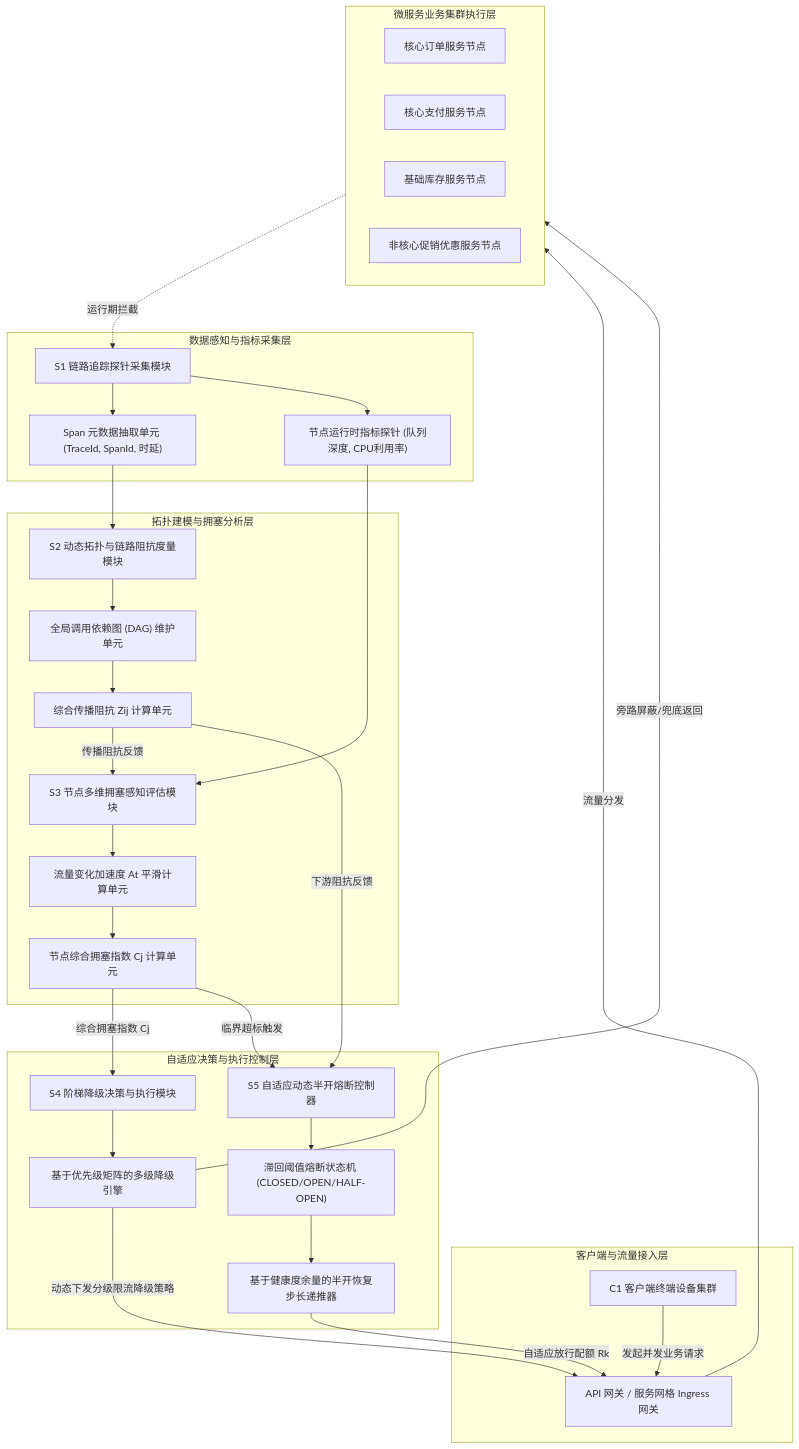
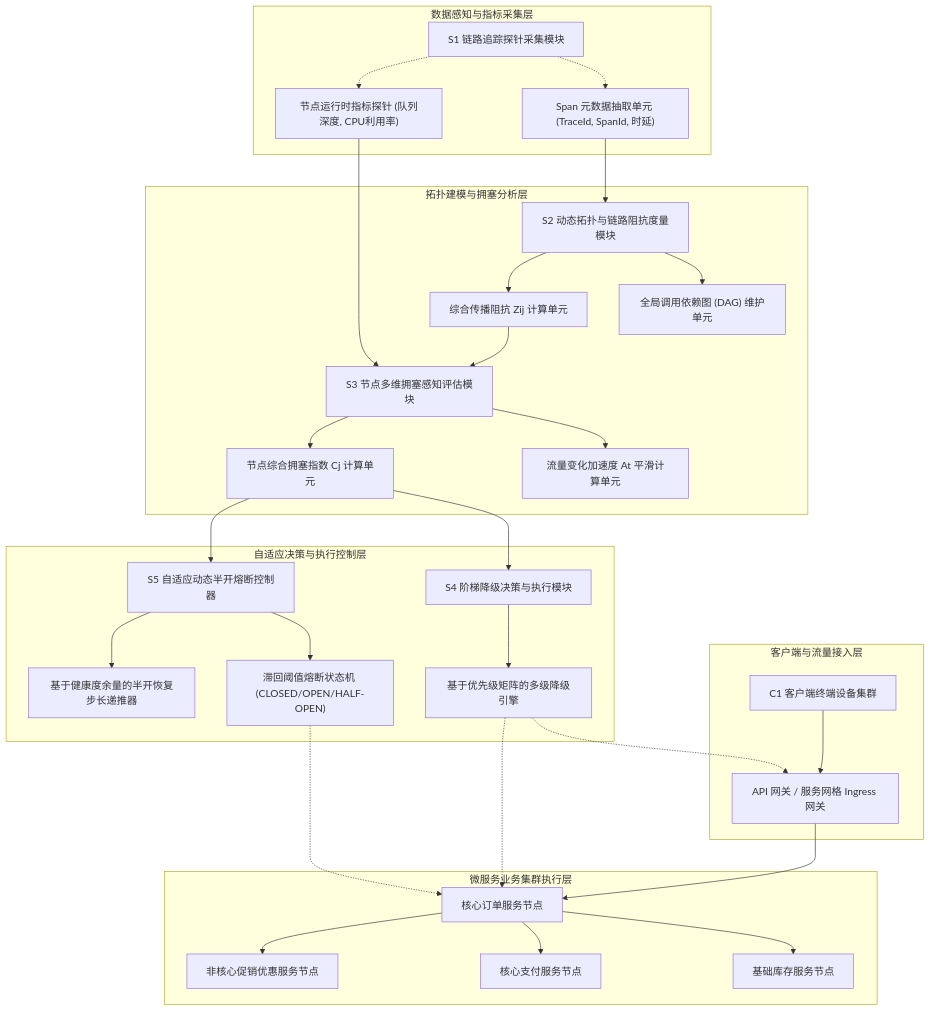
The first of 2 diagrams in outputs/基于分布式调用拓扑与拥塞感知的自适应请求降级与熔断方法及系统/一种基于分布式调用拓扑与拥塞感知的自适应请求降级与熔断方法及系统.md (felix-zoe/patent), drawn with Mermaid before and after one commit. The commit also changed other lines of this file and 10 other files, not shown here.

````diff
--- a/outputs/基于分布式调用拓扑与拥塞感知的自适应请求降级与熔断方法及系统/一种基于分布式调用拓扑与拥塞感知的自适应请求降级与熔断方法及系统.md
+++ b/outputs/基于分布式调用拓扑与拥塞感知的自适应请求降级与熔断方法及系统/一种基于分布式调用拓扑与拥塞感知的自适应请求降级与熔断方法及系统.md
@@ -114,65 +65,60 @@
 ```mermaid
 flowchart TB
     subgraph ClientLayer["客户端与流量接入层"]
         C1["C1 客户端终端设备集群"]
         GW["API 网关 / 服务网格 Ingress 网关"]
     end
 
     subgraph CollectionLayer["数据感知与指标采集层"]
         S1["S1 链路追踪探针采集模块"]
         M_Trace["Span 元数据抽取单元 (TraceId, SpanId, 时延)"]
         M_Queue["节点运行时指标探针 (队列深度, CPU利用率)"]
     end
 
     subgraph AnalysisLayer["拓扑建模与拥塞分析层"]
         S2["S2 动态拓扑与链路阻抗度量模块"]
         S3["S3 节点多维拥塞感知评估模块"]
         DAG["全局调用依赖图 (DAG) 维护单元"]
         Z_Calc["综合传播阻抗 Zij 计算单元"]
         Acc_Calc["流量变化加速度 At 平滑计算单元"]
         C_Calc["节点综合拥塞指数 Cj 计算单元"]
     end
 
     subgraph ControlLayer["自适应决策与执行控制层"]
         S4["S4 阶梯降级决策与执行模块"]
         S5["S5 自适应动态半开熔断控制器"]
         Degrade_Engine["基于优先级矩阵的多级降级引擎"]
         Breaker_Machine["滞回阈值熔断状态机 (CLOSED/OPEN/HALF-OPEN)"]
         Step_Updater["基于健康度余量的半开恢复步长递推器"]
     end
 
     subgraph ExecutionLayer["微服务业务集群执行层"]
         S_Order["核心订单服务节点"]
         S_Pay["核心支付服务节点"]
         S_Stock["基础库存服务节点"]
         S_Promo["非核心促销优惠服务节点"]
     end
 
-    C1 -->|"发起并发业务请求"| GW
-    GW -->|"流量分发"| ExecutionLayer
-    
-    ExecutionLayer -.->|"运行期拦截"| S1
-    S1 --> M_Trace
-    S1 --> M_Queue
-    
+    C1 --> GW
+    GW --> S_Order
+    S1 -.-> M_Trace
+    S1 -.-> M_Queue
     M_Trace --> S2
     M_Queue --> S3
-    
     S2 --> DAG
-    DAG --> Z_Calc
-    Z_Calc -->|"传播阻抗反馈"| S3
-    Z_Calc -->|"下游阻抗反馈"| S5
-    
+    S2 --> Z_Calc
+    Z_Calc --> S3
     S3 --> Acc_Calc
-    Acc_Calc --> C_Calc
-    C_Calc -->|"综合拥塞指数 Cj"| S4
-    C_Calc -->|"临界超标触发"| S5
-    
+    S3 --> C_Calc
+    C_Calc --> S4
+    C_Calc --> S5
     S4 --> Degrade_Engine
     S5 --> Breaker_Machine
-    Breaker_Machine --> Step_Updater
-    
-    Degrade_Engine -->|"动态下发分级限流降级策略"| GW
-    Degrade_Engine -->|"旁路屏蔽/兜底返回"| ExecutionLayer
-    Step_Updater -->|"自适应放行配额 Rk"| GW
+    S5 --> Step_Updater
+    Degrade_Engine -.-> GW
+    Degrade_Engine -.-> S_Order
+    Breaker_Machine -.-> S_Order
+    S_Order --> S_Stock
+    S_Order --> S_Pay
+    S_Order --> S_Promo
 ```
````
